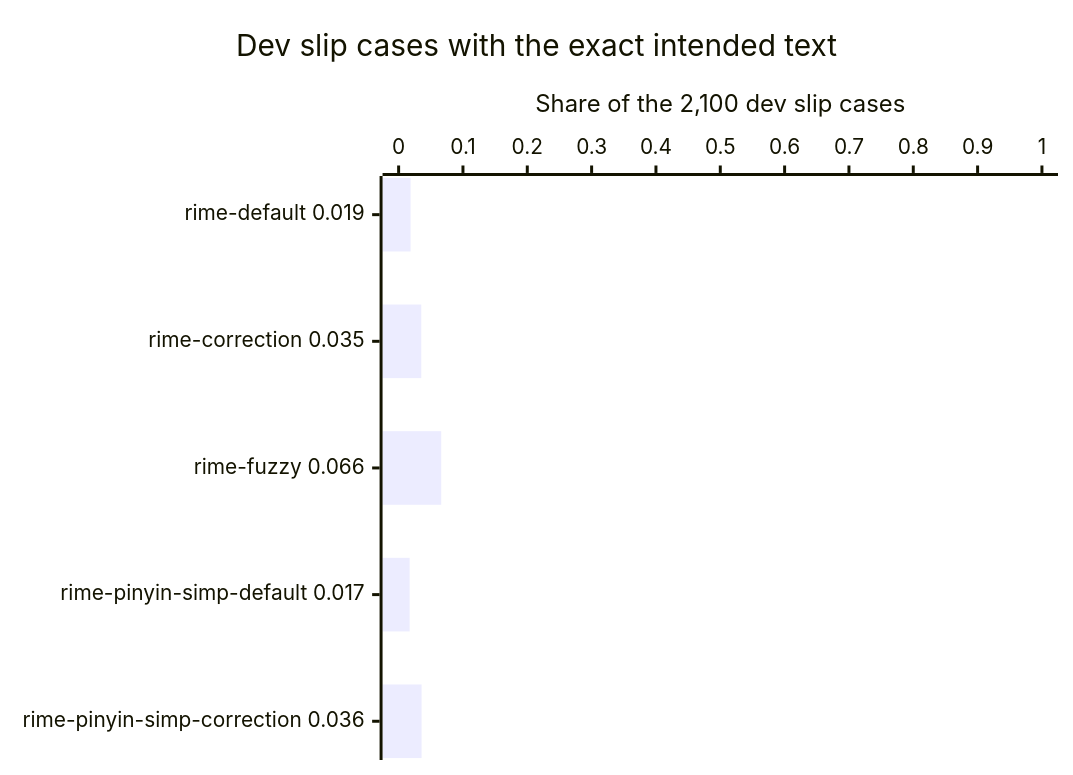
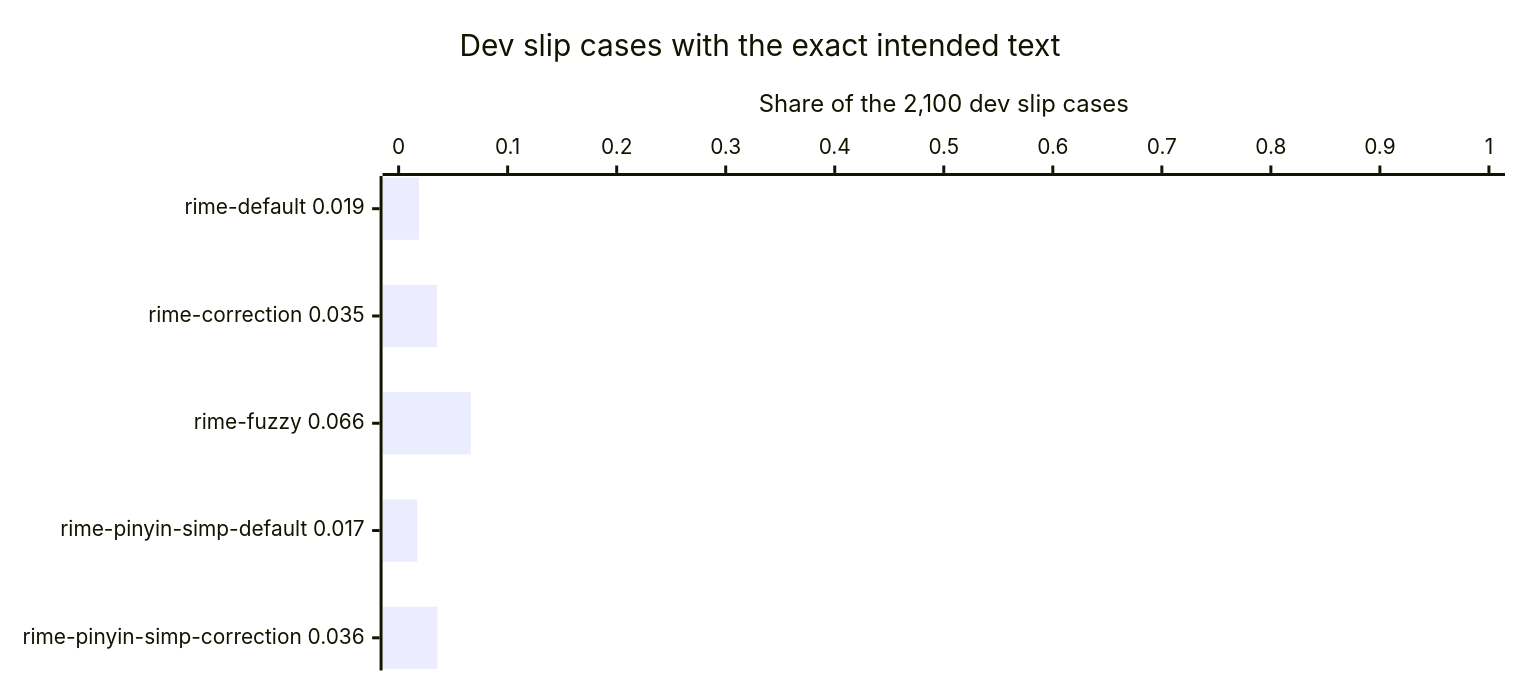
Before and after one commit to YilongJu/iphone-duo-keyboard: the second of 3 diagrams in scripts/typing-evaluation/engines/librime/README.md, drawn with Mermaid. The commit also changed other lines of this file and 3 other files, not shown here.

````diff
--- a/scripts/typing-evaluation/engines/librime/README.md
+++ b/scripts/typing-evaluation/engines/librime/README.md
@@ -115,7 +117,8 @@
 ```mermaid
+%%{init: {"xyChart": {"width": 1000, "height": 440}}}%%
 xychart-beta horizontal
     title "Dev slip cases with the exact intended text"
     x-axis ["rime-default 0.019", "rime-correction 0.035", "rime-fuzzy 0.066", "rime-pinyin-simp-default 0.017", "rime-pinyin-simp-correction 0.036"]
     y-axis "Share of the 2,100 dev slip cases" 0 --> 1
     bar [0.0186, 0.0352, 0.0662, 0.0171, 0.0357]
 ```
````
